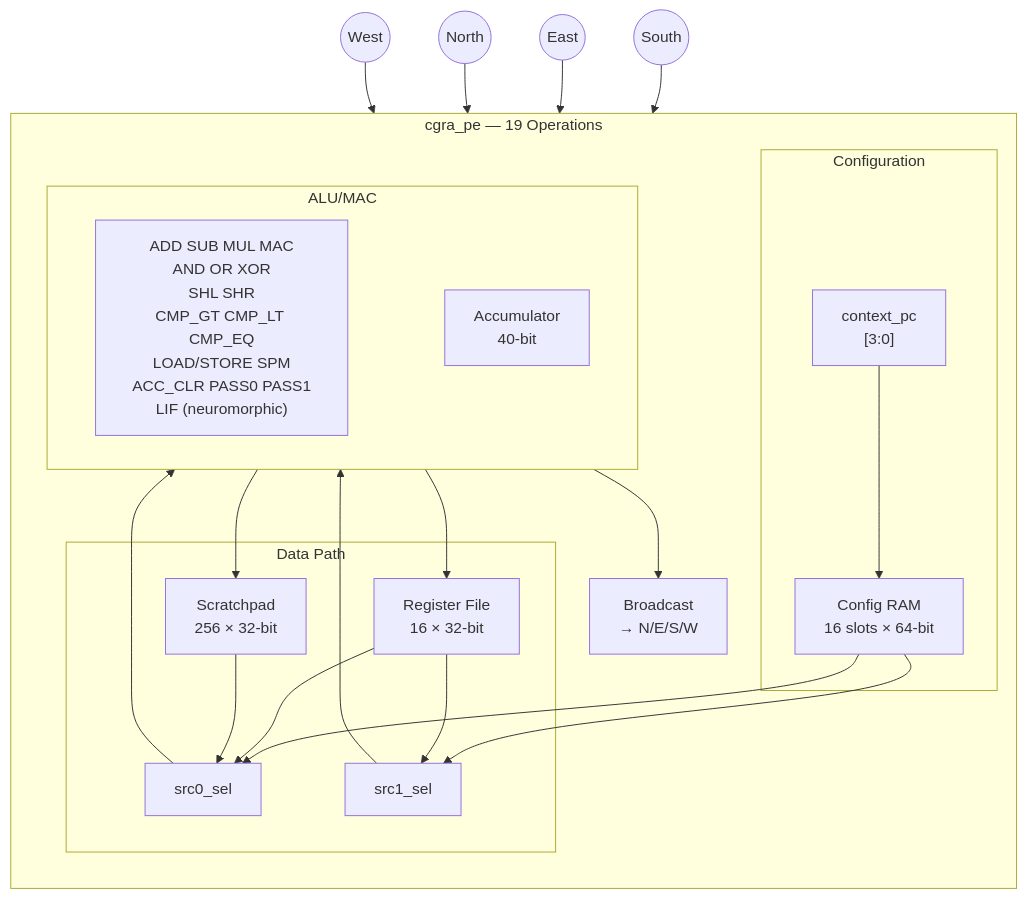
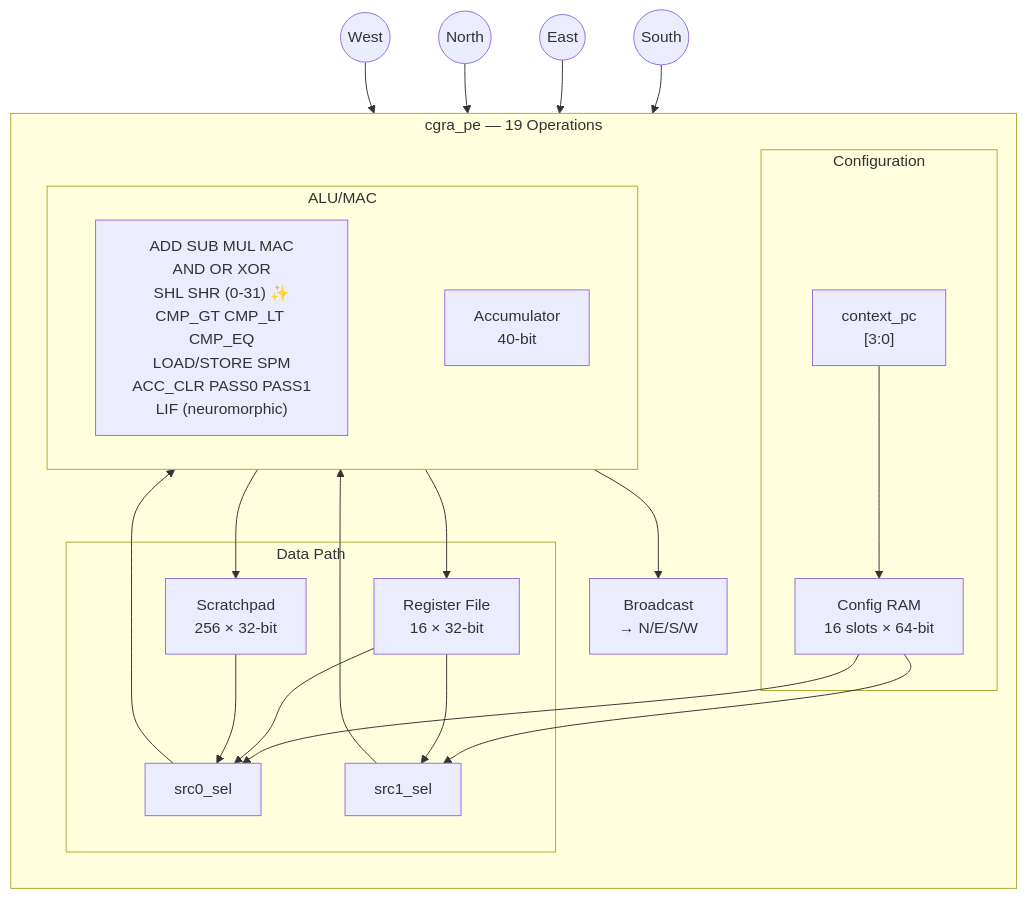
The second of 3 diagrams in 02_test/cgra_block_diagram.md (vinniny/CGRA_project), drawn with Mermaid before and after one commit. The commit also changed other lines of this file and 1 other file, not shown here.

Commit message:
diagrams updated

````diff
--- a/02_test/cgra_block_diagram.md
+++ b/02_test/cgra_block_diagram.md
@@ -154,46 +154,46 @@
 ```mermaid
 flowchart TB
     subgraph PE["cgra_pe — 19 Operations"]
         direction TB
         
         subgraph CFG["Configuration"]
             CFG_RAM["Config RAM<br/>16 slots × 64-bit"]
             PC["context_pc<br/>[3:0]"]
         end
         
         subgraph DATA["Data Path"]
             RF["Register File<br/>16 × 32-bit"]
             SPM["Scratchpad<br/>256 × 32-bit"]
             MUX0["src0_sel"]
             MUX1["src1_sel"]
         end
         
         subgraph ALU["ALU/MAC"]
             direction LR
-            OPS["ADD SUB MUL MAC<br/>AND OR XOR<br/>SHL SHR<br/>CMP_GT CMP_LT CMP_EQ<br/>LOAD/STORE SPM<br/>ACC_CLR PASS0 PASS1<br/>LIF (neuromorphic)"]
+            OPS["ADD SUB MUL MAC<br/>AND OR XOR<br/>SHL SHR (0-31) ✨<br/>CMP_GT CMP_LT CMP_EQ<br/>LOAD/STORE SPM<br/>ACC_CLR PASS0 PASS1<br/>LIF (neuromorphic)"]
             ACC["Accumulator<br/>40-bit"]
         end
         
         OUT["Broadcast<br/>→ N/E/S/W"]
     end
     
     %% Inputs
     W((West)) --> MUX0
     N((North)) --> MUX0
     E((East)) --> MUX1
     S((South)) --> MUX1
     
     PC --> CFG_RAM
     CFG_RAM --> MUX0
     CFG_RAM --> MUX1
     RF --> MUX0
     RF --> MUX1
     SPM --> MUX0
     
     MUX0 --> ALU
     MUX1 --> ALU
     ALU --> ACC
     ALU --> RF
     ALU --> SPM
     ALU --> OUT
 ```
````
